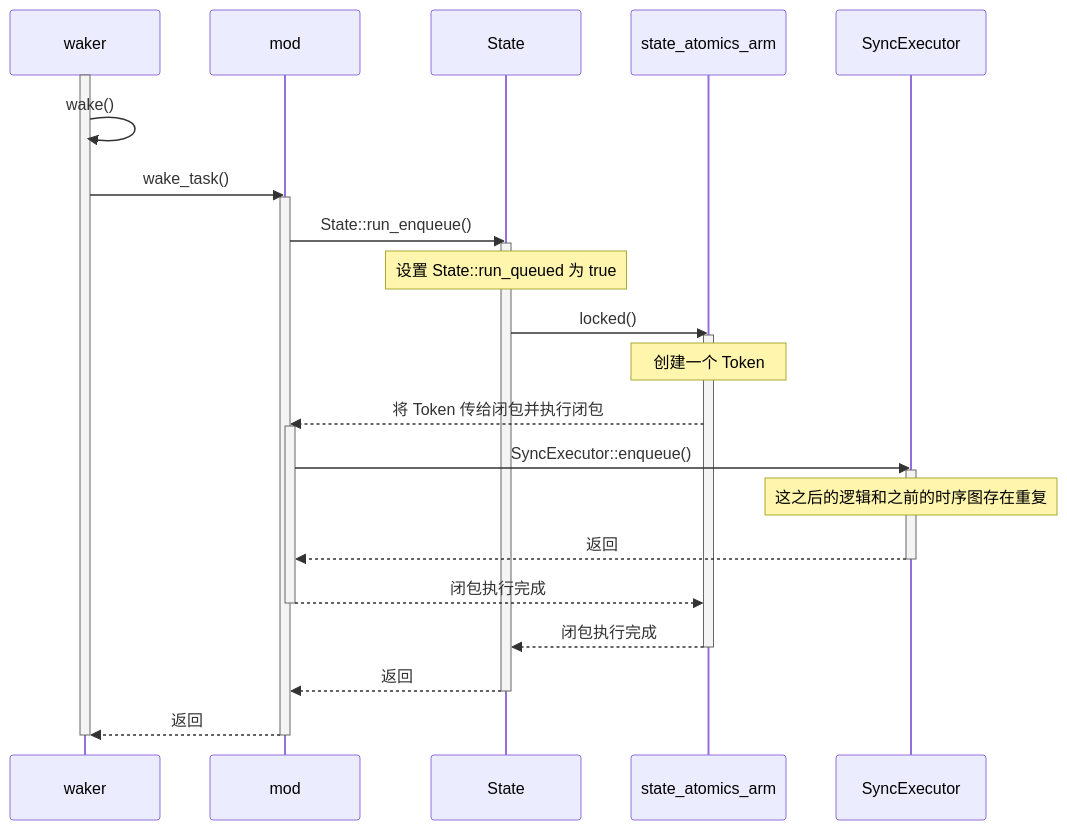
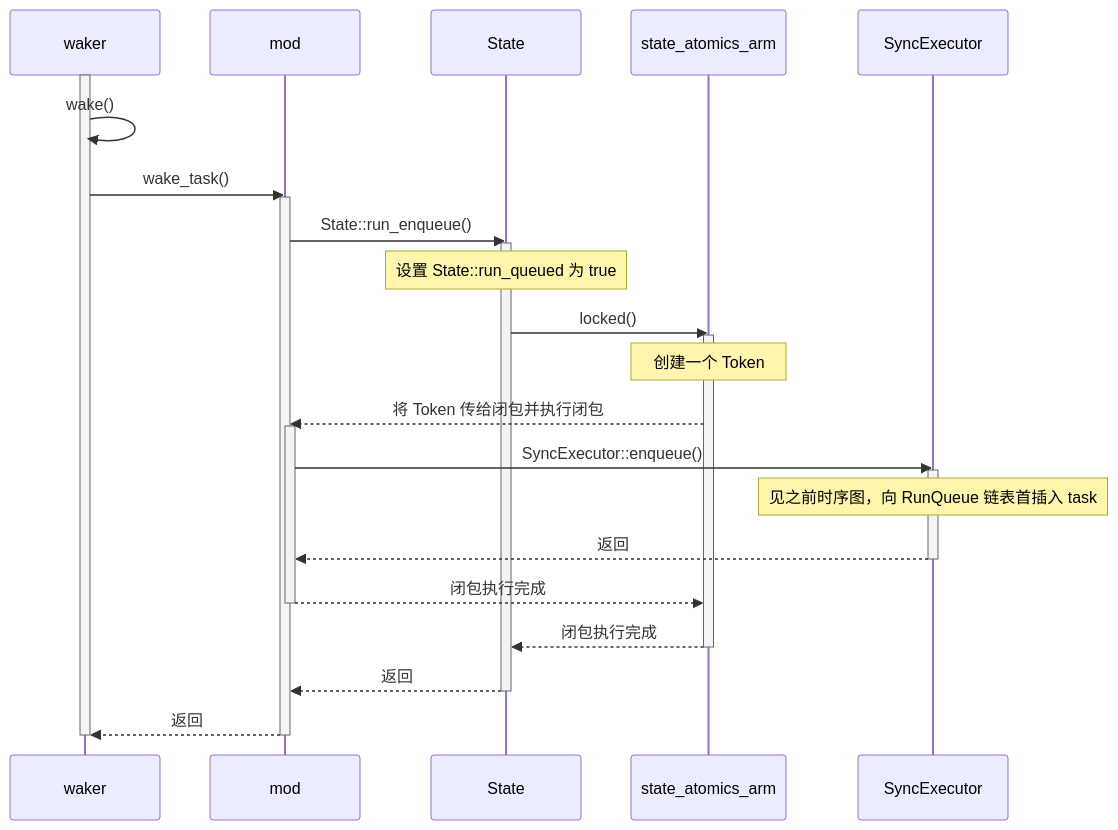
One commit to hy-huang20/GraduationProject changed the fourth of 5 diagrams in 过程记录/rust/rust异步/Embassy/executor/raw/mod.md. Above: the diagram before and after it, drawn with Mermaid. The commit also changed other lines of this file and 1 other file, not shown here.

Commit message:
从 RunQueue 源码开始分析

````diff
--- a/过程记录/rust/rust异步/Embassy/executor/raw/mod.md
+++ b/过程记录/rust/rust异步/Embassy/executor/raw/mod.md
@@ -234,35 +275,35 @@
 ```mermaid
 sequenceDiagram
     participant waker
     participant mod
     participant State
     participant state_atomics_arm
     participant SyncExecutor
 
     activate waker
         waker->>waker: wake()
         waker->>mod: wake_task()
         activate mod
             mod->>State: State::run_enqueue()
             activate State
                 note over State: 设置 State::run_queued 为 true
                 State->>state_atomics_arm: locked()
                 activate state_atomics_arm
                     note over state_atomics_arm: 创建一个 Token
                     state_atomics_arm-->>mod: 将 Token 传给闭包并执行闭包
                     activate mod
                         mod->>SyncExecutor: SyncExecutor::enqueue()
                         activate SyncExecutor
-                            note over SyncExecutor: 这之后的逻辑和之前的时序图存在重复
+                            note over SyncExecutor: 见之前时序图，向 RunQueue 链表首插入 task
                             SyncExecutor-->>mod: 返回
                         deactivate SyncExecutor
                         mod-->>state_atomics_arm: 闭包执行完成
                     deactivate mod
                     state_atomics_arm-->>State: 闭包执行完成
                 deactivate state_atomics_arm
                 State-->>mod: 返回
             deactivate State
             mod-->>waker: 返回
         deactivate mod
     deactivate waker
 ```
````
